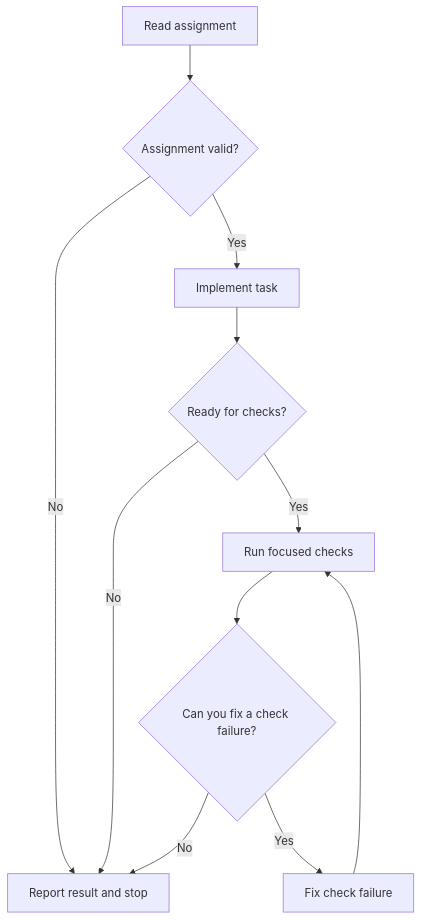
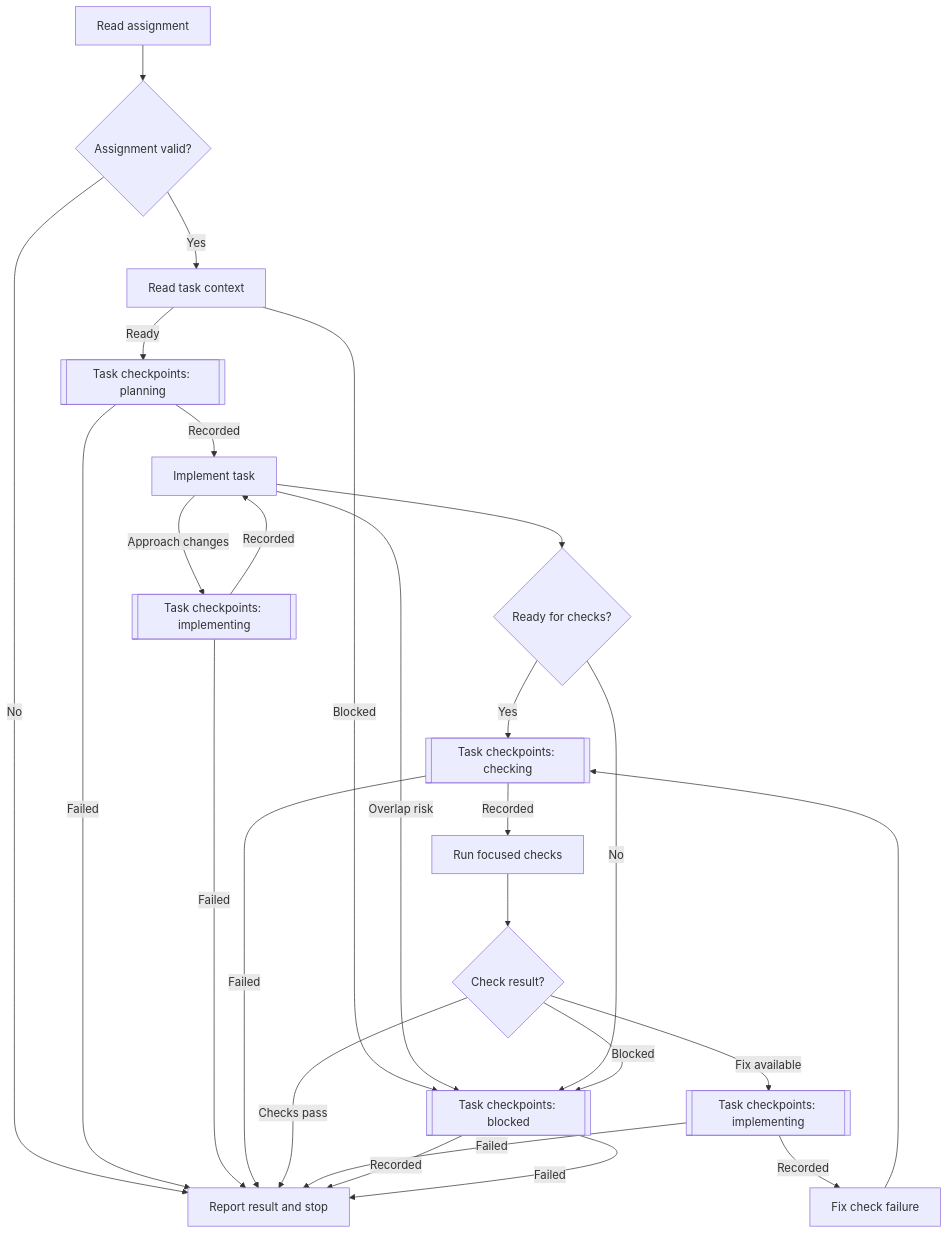
The diagram in assets/Blueprints/agents/sdd-task-worker.agent.md (UseTheFork/spindle), drawn with Mermaid before and after one commit. The commit also changed other lines of this file and 2 other files, not shown here.

Commit message:
feat: require checkpoints in the SDD worker workflow

````diff
--- a/assets/Blueprints/agents/sdd-task-worker.agent.md
+++ b/assets/Blueprints/agents/sdd-task-worker.agent.md
@@ -22,13 +24,28 @@
 ```mermaid
 flowchart TD
     A[Read assignment] --> B{Assignment valid?}
     B -- No --> H[Report result and stop]
-    B -- Yes --> C[Implement task]
+    B -- Yes --> I[Read task context]
+    I -- Ready --> P[[Task checkpoints: planning]]
+    I -- Blocked --> S[[Task checkpoints: blocked]]
+    P -- Recorded --> C[Implement task]
+    P -- Failed --> H
     C --> D{Ready for checks?}
-    D -- No --> H
-    D -- Yes --> E[Run focused checks]
-    E --> F{Can you fix a check failure?}
-    F -- Yes --> G[Fix check failure]
-    G --> E
-    F -- No --> H
+    C -- Overlap risk --> S
+    C -- Approach changes --> U[[Task checkpoints: implementing]]
+    U -- Recorded --> C
+    U -- Failed --> H
+    D -- No --> S
+    D -- Yes --> Q[[Task checkpoints: checking]]
+    Q -- Recorded --> E[Run focused checks]
+    Q -- Failed --> H
+    E --> F{Check result?}
+    F -- Checks pass --> H
+    F -- Fix available --> R[[Task checkpoints: implementing]]
+    F -- Blocked --> S
+    R -- Recorded --> G[Fix check failure]
+    R -- Failed --> H
+    G --> Q
+    S -- Recorded --> H
+    S -- Failed --> H
 ```
````
